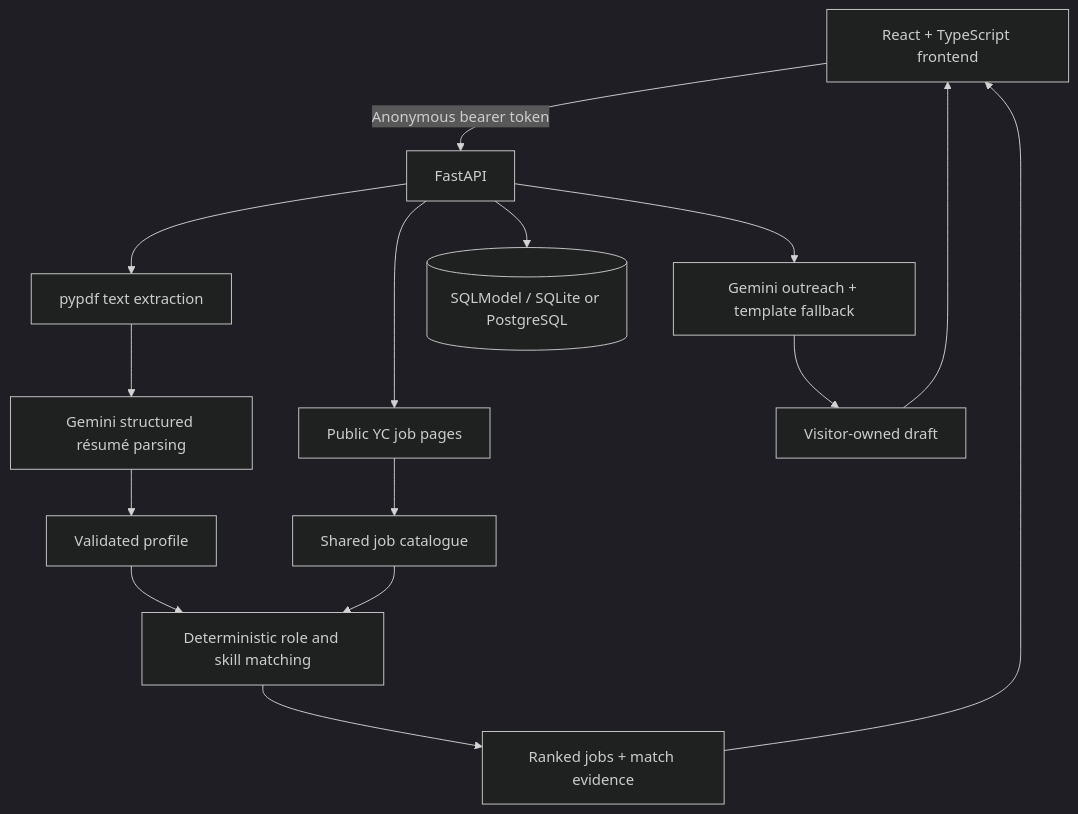
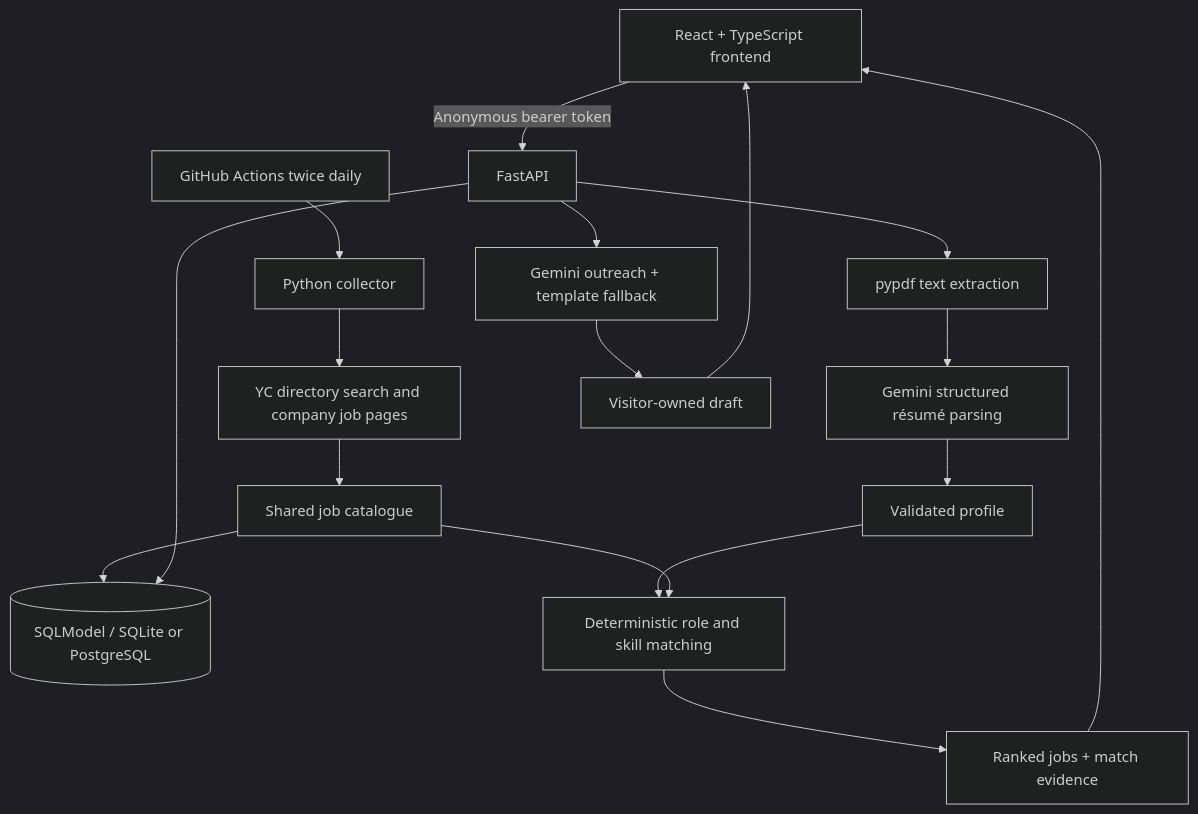
Before and after one commit to Aagamsheth0601/hiremenow: the diagram in README.md, drawn with Mermaid (dark theme). The commit also changed other lines of this file, not shown here.

````diff
--- a/README.md
+++ b/README.md
@@ -35,17 +35,19 @@
 ```mermaid
 flowchart TD
     Browser[React + TypeScript frontend] -->|Anonymous bearer token| API[FastAPI]
     API --> PDF[pypdf text extraction]
     PDF --> Gemini[Gemini structured résumé parsing]
     Gemini --> Profile[Validated profile]
-    API --> YC[Public YC job pages]
+    Schedule[GitHub Actions twice daily] --> Collector[Python collector]
+    Collector --> YC[YC directory search and company job pages]
     YC --> Jobs[Shared job catalogue]
+    Jobs --> DB
     Profile --> Matcher[Deterministic role and skill matching]
     Jobs --> Matcher
     Matcher --> Results[Ranked jobs + match evidence]
     Results --> Browser
     API --> Outreach[Gemini outreach + template fallback]
     Outreach --> Draft[Visitor-owned draft]
     Draft --> Browser
     API --> DB[(SQLModel / SQLite or PostgreSQL)]
 ```
````
